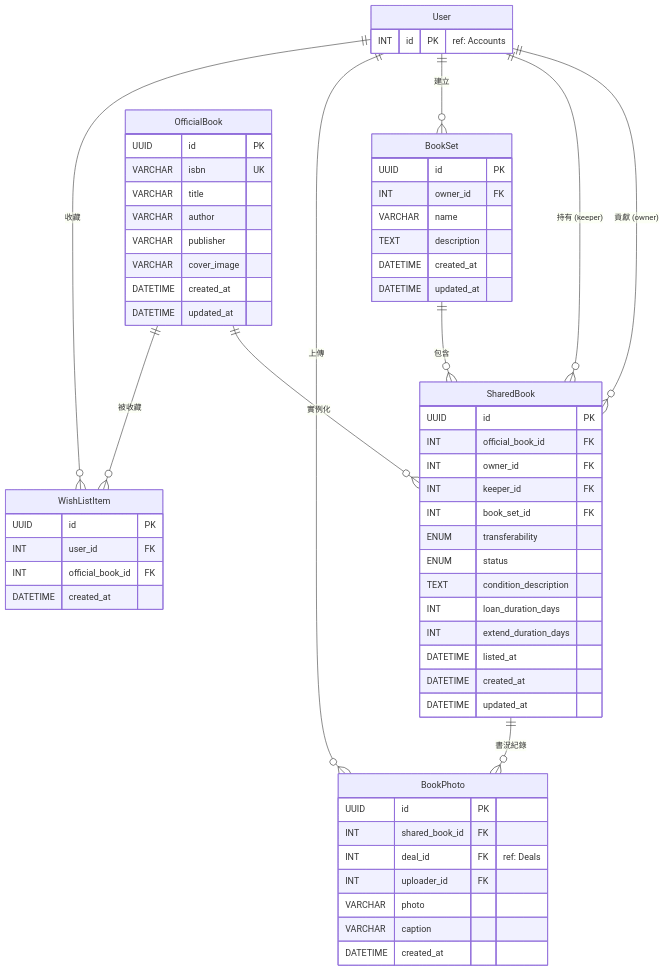
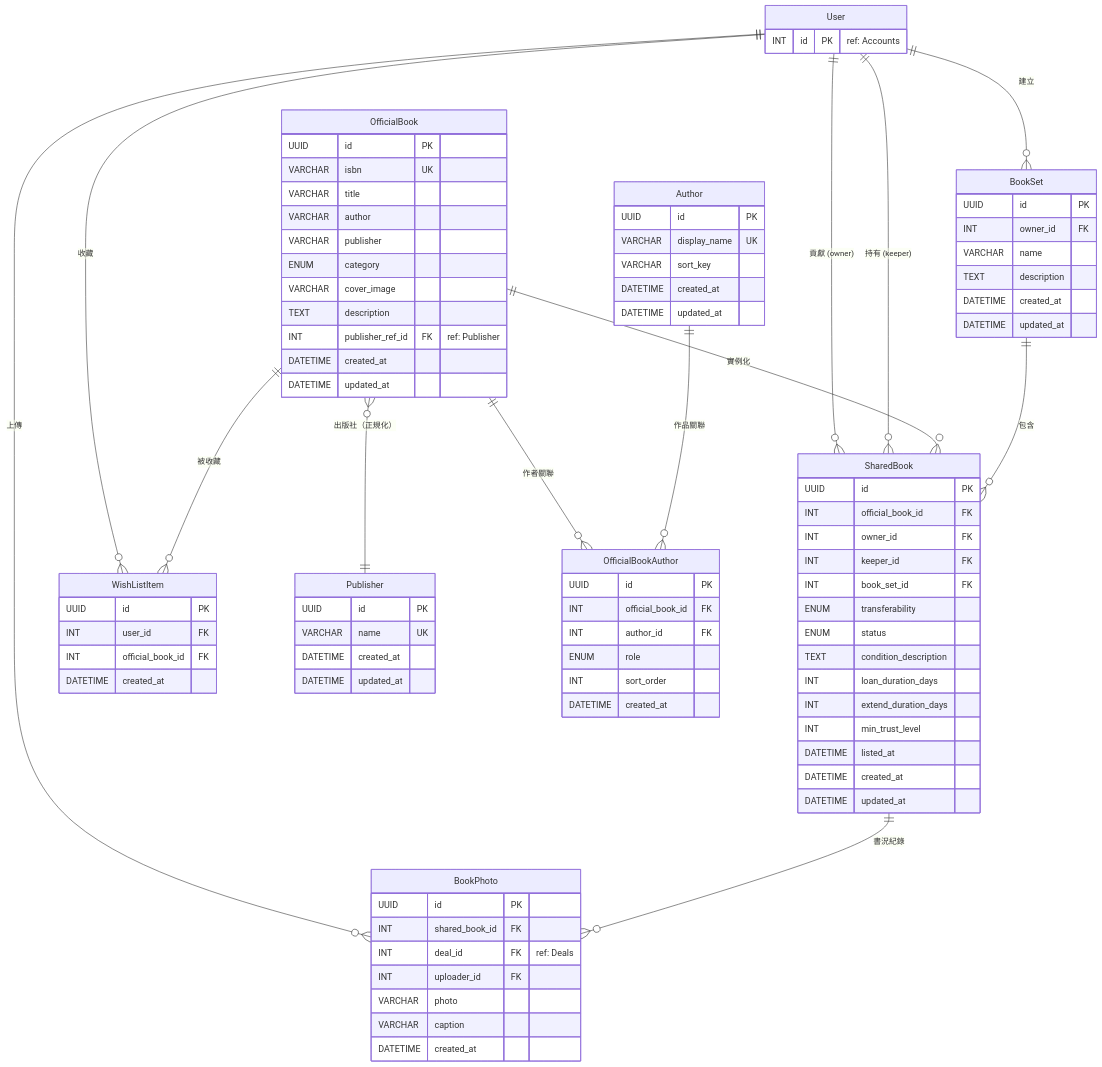
Before and after one commit to lucashsu95/exbooks: the second of 3 diagrams in docs/er-diagram.md, drawn with Mermaid. The commit also changed other lines of this file and 9 other files, not shown here.

```diff
--- a/docs/er-diagram.md
+++ b/docs/er-diagram.md
@@ -35,6 +102,10 @@
 
     OfficialBook ||--o{ SharedBook : "實例化"
     OfficialBook ||--o{ WishListItem : "被收藏"
+    OfficialBook }o--|| Publisher : "出版社（正規化）"
+    OfficialBook ||--o{ OfficialBookAuthor : "作者關聯"
+    Author ||--o{ OfficialBookAuthor : "作品關聯"
+
     BookSet ||--o{ SharedBook : "包含"
     SharedBook ||--o{ BookPhoto : "書況紀錄"
 
@@ -48,9 +119,36 @@
         VARCHAR title
         VARCHAR author
         VARCHAR publisher
+        ENUM category
         VARCHAR cover_image
+        TEXT description
+        INT publisher_ref_id FK "ref: Publisher"
         DATETIME created_at
         DATETIME updated_at
+    }
+
+    Author {
+        UUID id PK
+        VARCHAR display_name UK
+        VARCHAR sort_key
+        DATETIME created_at
+        DATETIME updated_at
+    }
+
+    Publisher {
+        UUID id PK
+        VARCHAR name UK
+        DATETIME created_at
+        DATETIME updated_at
+    }
+
+    OfficialBookAuthor {
+        UUID id PK
+        INT official_book_id FK
+        INT author_id FK
+        ENUM role
+        INT sort_order
+        DATETIME created_at
     }
 
     BookSet {
@@ -73,6 +171,7 @@
         TEXT condition_description
         INT loan_duration_days
         INT extend_duration_days
+        INT min_trust_level
         DATETIME listed_at
         DATETIME created_at
         DATETIME updated_at
```
